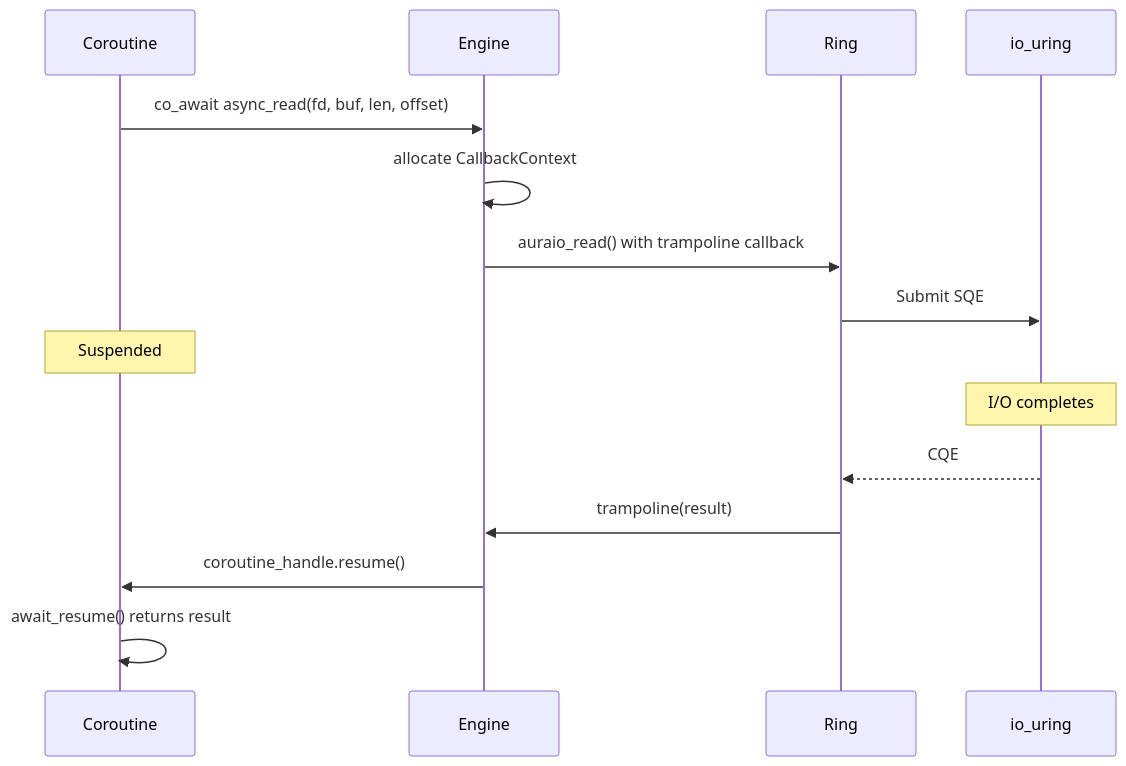
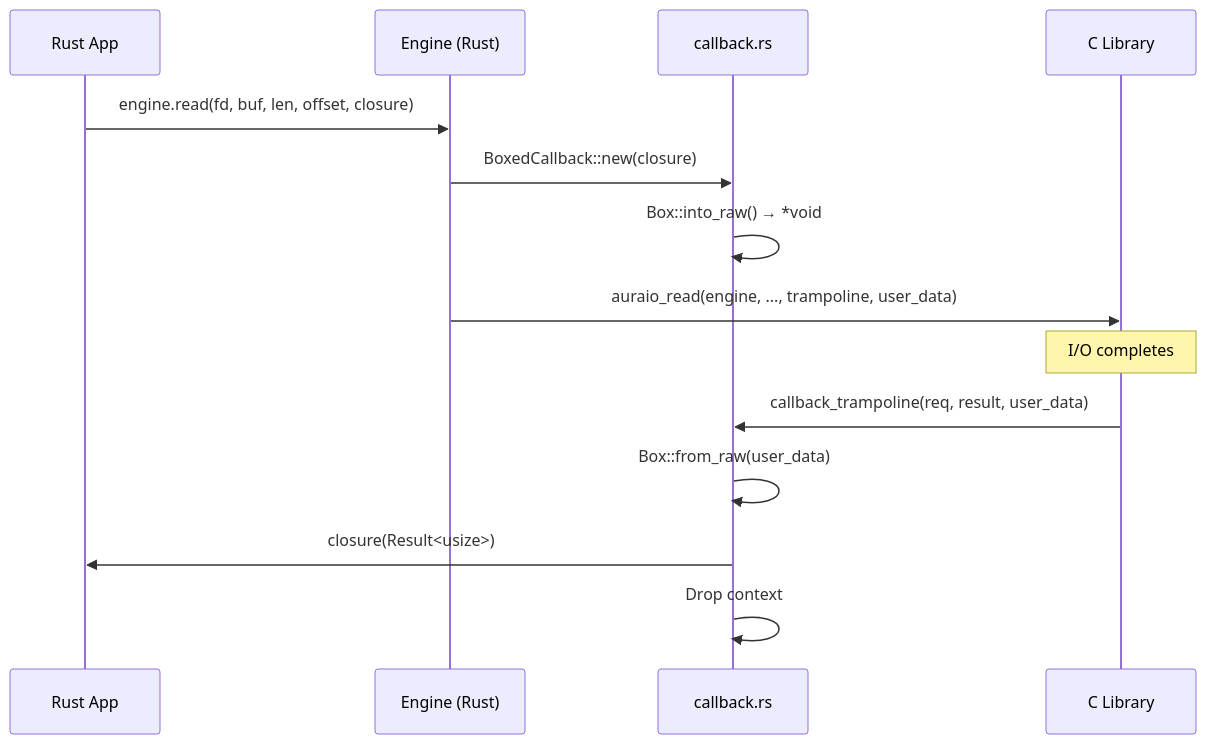
The third of 4 diagrams in docs/CODEBASE_MAP.md (Par-B/AuraIO), drawn with Mermaid before and after one commit. The commit also changed other lines of this file and 2 other files, not shown here.

First line of the commit message:
Fix 2 code review findings: coroutine get() consistency, trampoline exception safety

````diff
--- a/docs/CODEBASE_MAP.md
+++ b/docs/CODEBASE_MAP.md
@@ -388,20 +497,19 @@
 ```mermaid
 sequenceDiagram
-    participant Coro as Coroutine
-    participant Engine as Engine
-    participant Ring as Ring
-    participant Kernel as io_uring
+    participant App as Rust App
+    participant Eng as Engine (Rust)
+    participant CB as callback.rs
+    participant C as C Library
 
-    Coro->>Engine: co_await async_read(fd, buf, len, offset)
-    Engine->>Engine: allocate CallbackContext
-    Engine->>Ring: auraio_read() with trampoline callback
-    Ring->>Kernel: Submit SQE
-    Note over Coro: Suspended
+    App->>Eng: engine.read(fd, buf, len, offset, closure)
+    Eng->>CB: BoxedCallback::new(closure)
+    CB->>CB: Box::into_raw() → *void
+    Eng->>C: auraio_read(engine, ..., trampoline, user_data)
 
-    Note over Kernel: I/O completes
+    Note over C: I/O completes
 
-    Kernel-->>Ring: CQE
-    Ring->>Engine: trampoline(result)
-    Engine->>Coro: coroutine_handle.resume()
-    Coro->>Coro: await_resume() returns result
+    C->>CB: callback_trampoline(req, result, user_data)
+    CB->>CB: Box::from_raw(user_data)
+    CB->>App: closure(Result<usize>)
+    CB->>CB: Drop context
 ```
````
